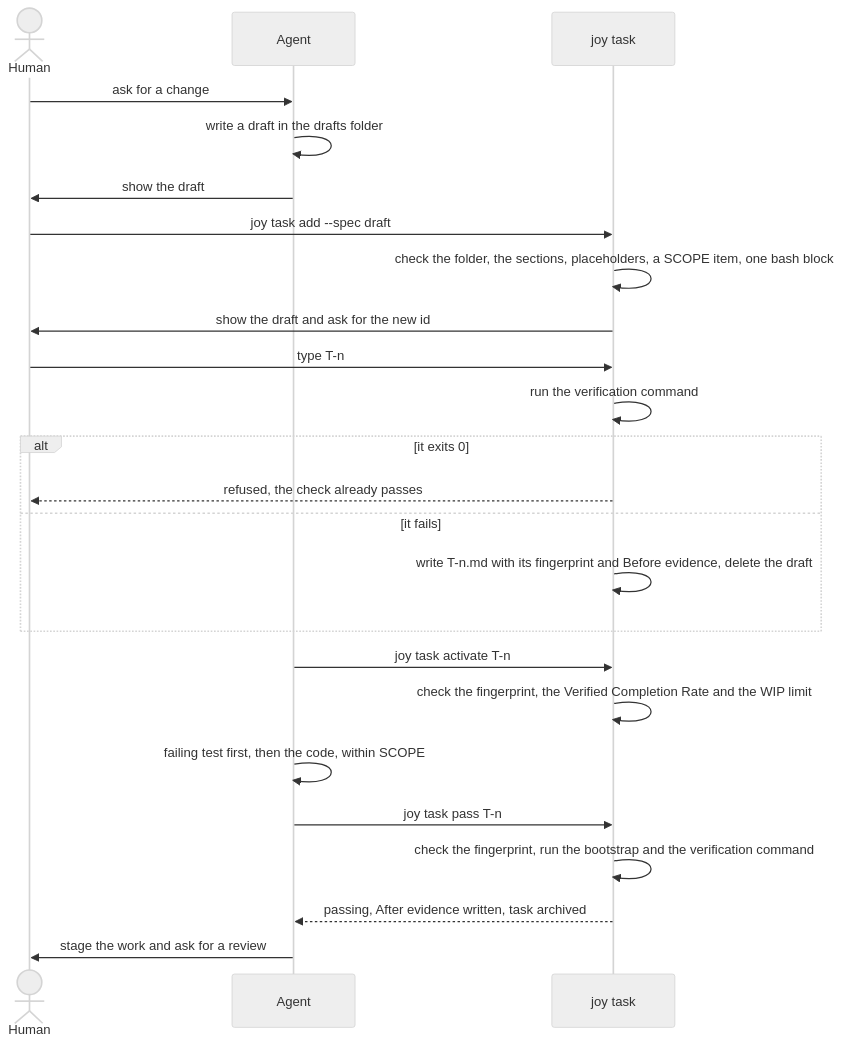
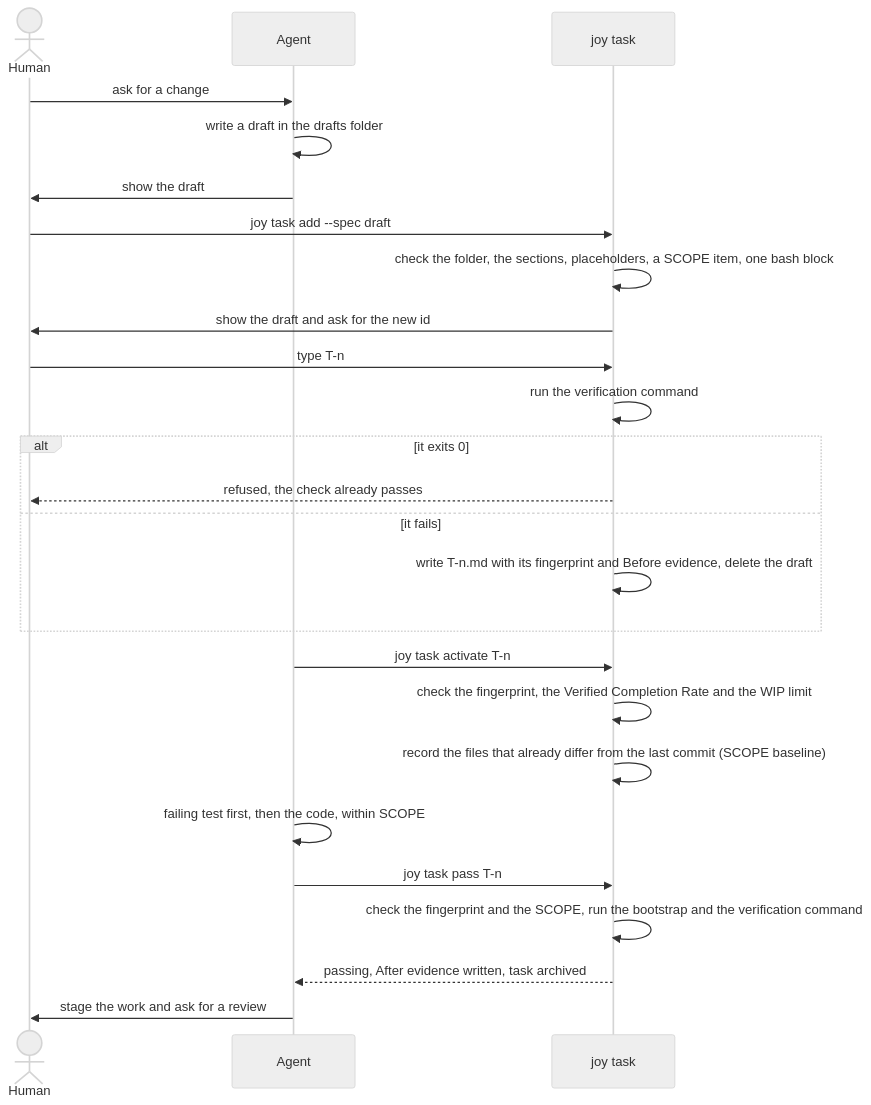
One commit to the-joy-com/joy-code changed the second of 3 diagrams in README.md. Above: the diagram before and after it, drawn with Mermaid (neutral theme). The commit also changed other lines of this file and 5 other files, not shown here.

````diff
--- a/README.md
+++ b/README.md
@@ -99,26 +99,27 @@
 ```mermaid
 sequenceDiagram
     actor Human
     participant Agent
     participant Joy as joy task
     Human->>Agent: ask for a change
     Agent->>Agent: write a draft in the drafts folder
     Agent->>Human: show the draft
     Human->>Joy: joy task add --spec draft
     Joy->>Joy: check the folder, the sections, placeholders, a SCOPE item, one bash block
     Joy->>Human: show the draft and ask for the new id
     Human->>Joy: type T-n
     Joy->>Joy: run the verification command
     alt it exits 0
         Joy-->>Human: refused, the check already passes
     else it fails
         Joy->>Joy: write T-n.md with its fingerprint and Before evidence, delete the draft
     end
     Agent->>Joy: joy task activate T-n
     Joy->>Joy: check the fingerprint, the Verified Completion Rate and the WIP limit
+    Joy->>Joy: record the files that already differ from the last commit (SCOPE baseline)
     Agent->>Agent: failing test first, then the code, within SCOPE
     Agent->>Joy: joy task pass T-n
-    Joy->>Joy: check the fingerprint, run the bootstrap and the verification command
+    Joy->>Joy: check the fingerprint and the SCOPE, run the bootstrap and the verification command
     Joy-->>Agent: passing, After evidence written, task archived
     Agent->>Human: stage the work and ask for a review
 ```
````
